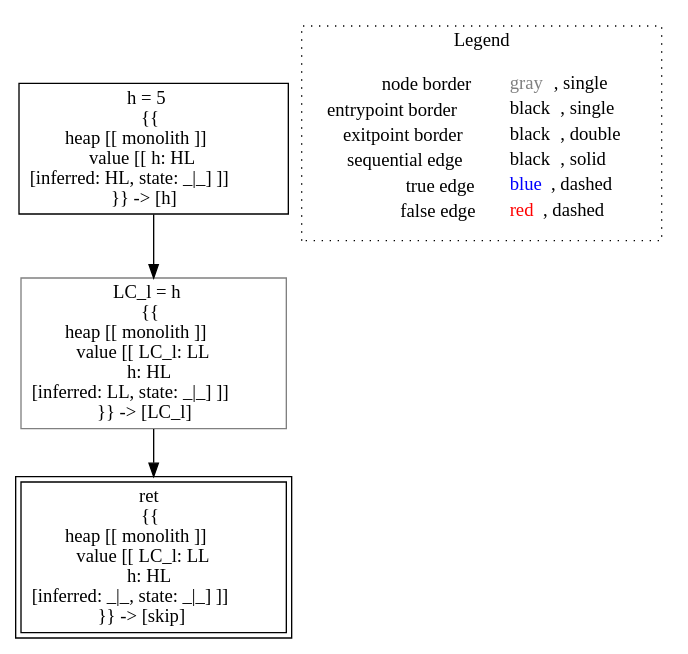
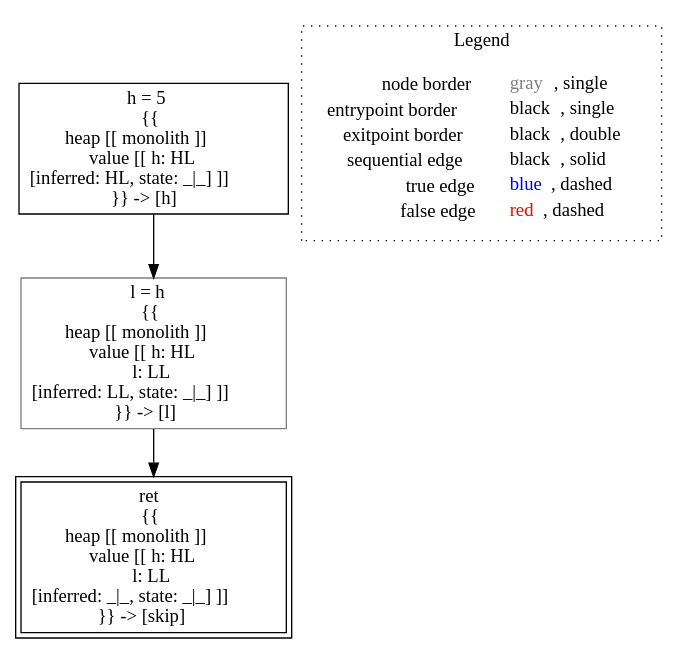
Before and after one commit to lisa-analyzer/lisa: the diagram in lisa/imp-testcases/non-interference/confidentiality/analysis___untyped_Confidentiality.confidentiality_lec5ex1(Confidentiality_this).dot, drawn with Graphviz. The commit also changed 30 other files, not shown here.

```diff
--- a/lisa/imp-testcases/non-interference/confidentiality/analysis___untyped_Confidentiality.confidentiality_lec5ex1(Confidentiality_this).dot
+++ b/lisa/imp-testcases/non-interference/confidentiality/analysis___untyped_Confidentiality.confidentiality_lec5ex1(Confidentiality_this).dot
@@ -1,14 +1,14 @@
 digraph {
 	"node0" [shape="rect",color="black",label=<h = 5<BR/>{{<BR/>heap [[ monolith ]]<BR/>value [[ h: HL<BR/>[inferred: HL, state: _|_] ]]<BR/>}} -&gt; [h]>];
-	"node1" [shape="rect",color="black",peripheries="2",label=<ret<BR/>{{<BR/>heap [[ monolith ]]<BR/>value [[ LC_l: LL<BR/>h: HL<BR/>[inferred: _|_, state: _|_] ]]<BR/>}} -&gt; [skip]>];
-	"node2" [shape="rect",color="gray",label=<LC_l = h<BR/>{{<BR/>heap [[ monolith ]]<BR/>value [[ LC_l: LL<BR/>h: HL<BR/>[inferred: LL, state: _|_] ]]<BR/>}} -&gt; [LC_l]>];
+	"node1" [shape="rect",color="black",peripheries="2",label=<ret<BR/>{{<BR/>heap [[ monolith ]]<BR/>value [[ h: HL<BR/>l: LL<BR/>[inferred: _|_, state: _|_] ]]<BR/>}} -&gt; [skip]>];
+	"node2" [shape="rect",color="gray",label=<l = h<BR/>{{<BR/>heap [[ monolith ]]<BR/>value [[ h: HL<BR/>l: LL<BR/>[inferred: LL, state: _|_] ]]<BR/>}} -&gt; [l]>];
+	"node0" -> "node2" [color="black"];
 	"node2" -> "node1" [color="black"];
-	"node0" -> "node2" [color="black"];
 subgraph cluster_legend {
 	label="Legend";
 	style=dotted;
 	node [shape=plaintext];
 	"legend" [label=<<table border="0" cellpadding="2" cellspacing="0" cellborder="0"><tr><td align="right">node border&nbsp;</td><td align="left"><font color="gray">gray</font>, single</td></tr><tr><td align="right">entrypoint border&nbsp;</td><td align="left"><font color="black">black</font>, single</td></tr><tr><td align="right">exitpoint border&nbsp;</td><td align="left"><font color="black">black</font>, double</td></tr><tr><td align="right">sequential edge&nbsp;</td><td align="left"><font color="black">black</font>, solid</td></tr><tr><td align="right">true edge&nbsp;</td><td align="left"><font color="blue">blue</font>, dashed</td></tr><tr><td align="right">false edge&nbsp;</td><td align="left"><font color="red">red</font>, dashed</td></tr></table>>];
 }
 
 }
```
